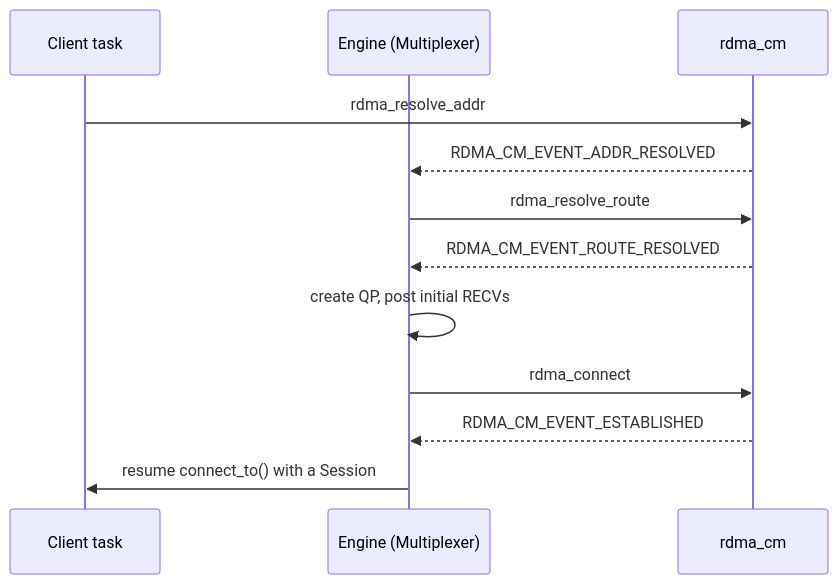
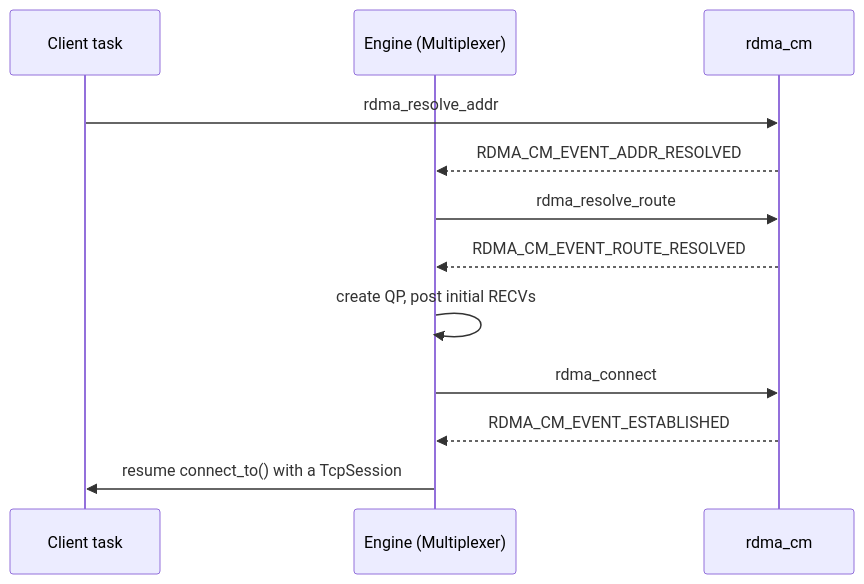
Before and after one commit to UserNameUnavailableIsUnavailable/KVStore: the fourth of 4 diagrams in Documentation/RDMA.md, drawn with Mermaid. The commit also changed other lines of this file and 179 other files, not shown here.

````diff
--- a/Documentation/RDMA.md
+++ b/Documentation/RDMA.md
@@ -771,14 +771,14 @@
 ```mermaid
 sequenceDiagram
     participant C as Client task
     participant E as Engine (Multiplexer)
     participant CM as rdma_cm
     C->>CM: rdma_resolve_addr
     CM-->>E: RDMA_CM_EVENT_ADDR_RESOLVED
     E->>CM: rdma_resolve_route
     CM-->>E: RDMA_CM_EVENT_ROUTE_RESOLVED
     E->>E: create QP, post initial RECVs
     E->>CM: rdma_connect
     CM-->>E: RDMA_CM_EVENT_ESTABLISHED
-    E->>C: resume connect_to() with a Session
+    E->>C: resume connect_to() with a TcpSession
 ```
````
